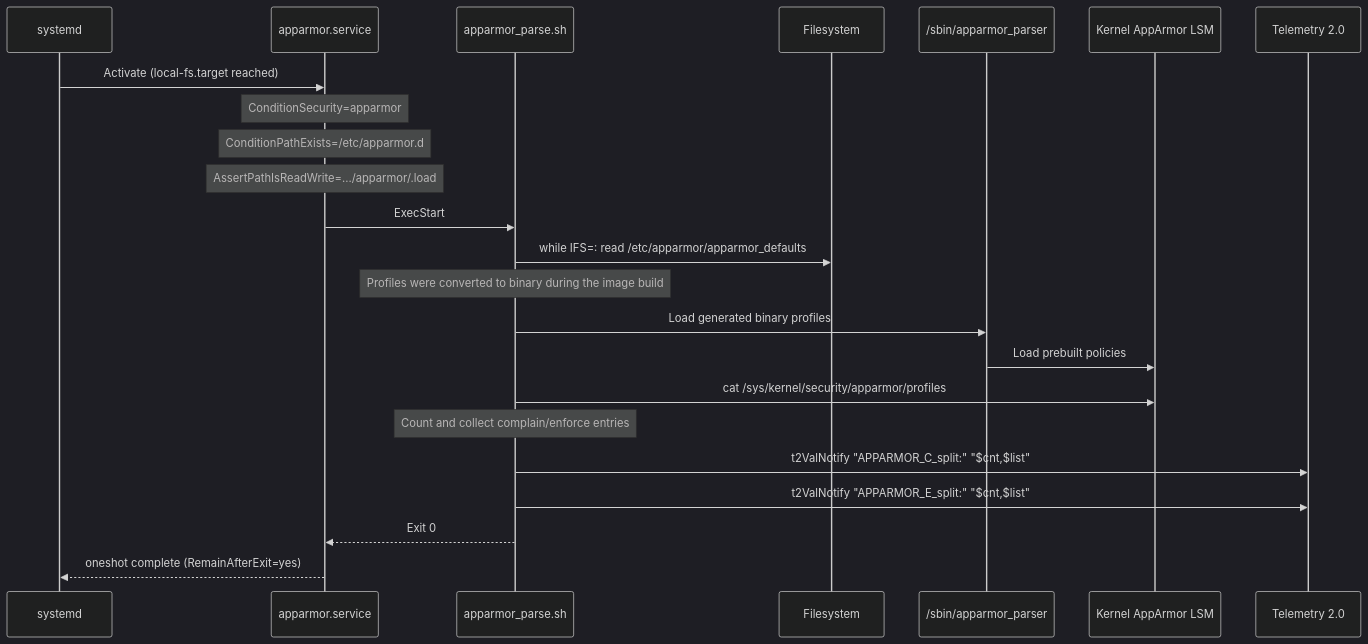
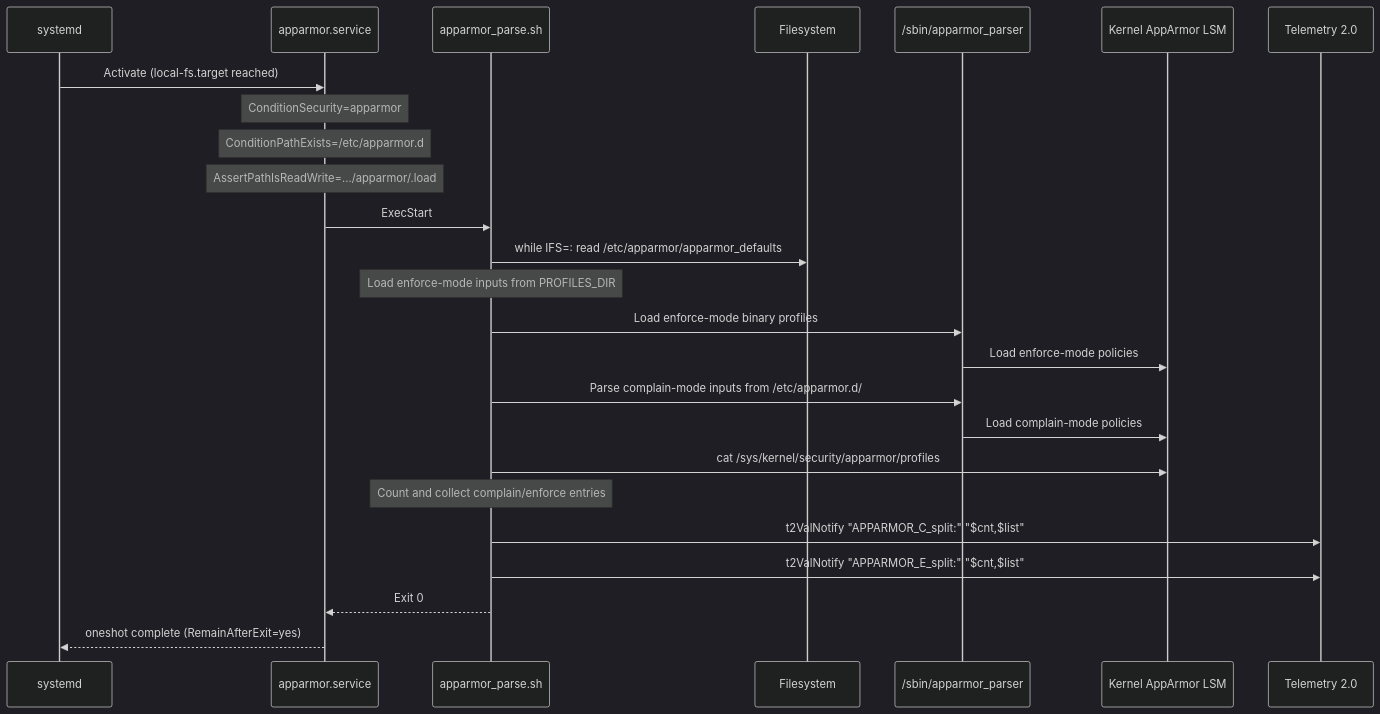
The sixth of 8 diagrams in README.md (rdkcentral/rdk-apparmor-profiles), drawn with Mermaid (dark theme) before and after one commit. The commit also changed other lines of this file, not shown here.

````diff
--- a/README.md
+++ b/README.md
@@ -329,29 +329,31 @@
 ```mermaid
 sequenceDiagram
     participant SYSTEMD as systemd
     participant SVC as apparmor.service
     participant SH as apparmor_parse.sh
     participant FS as Filesystem
     participant PARSER as /sbin/apparmor_parser
     participant KERNEL as Kernel AppArmor LSM
     participant T2 as Telemetry 2.0
 
     SYSTEMD->>SVC: Activate (local-fs.target reached)
     Note over SVC: ConditionSecurity=apparmor
     Note over SVC: ConditionPathExists=/etc/apparmor.d
     Note over SVC: AssertPathIsReadWrite=.../apparmor/.load
     SVC->>SH: ExecStart
 
     SH->>FS: while IFS=: read /etc/apparmor/apparmor_defaults
-    Note over SH: Profiles were converted to binary during the image build
-    SH->>PARSER: Load generated binary profiles
-    PARSER->>KERNEL: Load prebuilt policies
+    Note over SH: Load enforce-mode inputs from PROFILES_DIR
+    SH->>PARSER: Load enforce-mode binary profiles
+    PARSER->>KERNEL: Load enforce-mode policies
+    SH->>PARSER: Parse complain-mode inputs from /etc/apparmor.d/
+    PARSER->>KERNEL: Load complain-mode policies
 
     SH->>KERNEL: cat /sys/kernel/security/apparmor/profiles
     Note over SH: Count and collect complain/enforce entries
 
     SH->>T2: t2ValNotify "APPARMOR_C_split:" "$cnt,$list"
     SH->>T2: t2ValNotify "APPARMOR_E_split:" "$cnt,$list"
     SH-->>SVC: Exit 0
     SVC-->>SYSTEMD: oneshot complete (RemainAfterExit=yes)
 ```
````
